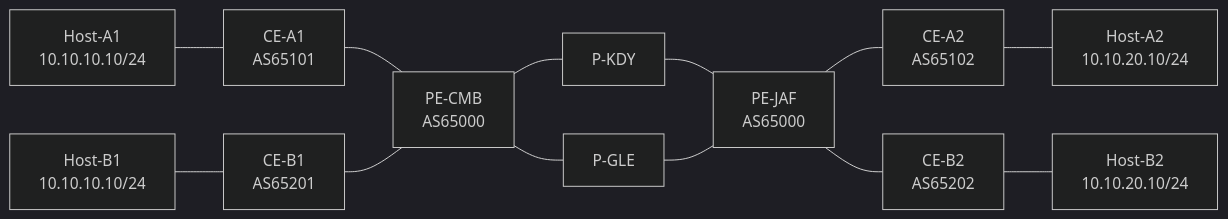
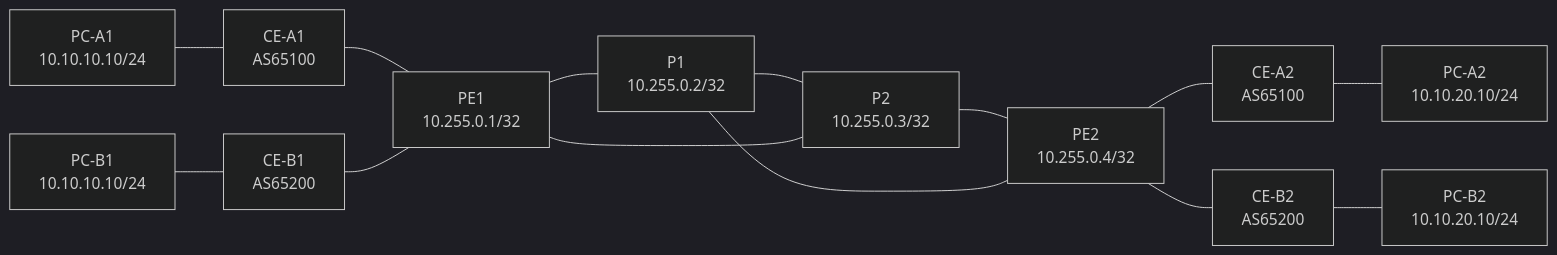
The diagram in README.md (projectswnimee/carrier-net-lk), drawn with Mermaid (dark theme) before and after one commit. The commit also changed other lines of this file and 57 other files, not shown here.

````diff
--- a/README.md
+++ b/README.md
@@ -36,17 +35,18 @@
 ```mermaid
 flowchart LR
-    HA1[Host-A1\n10.10.10.10/24] --- CEA1[CE-A1\nAS65101]
-    HB1[Host-B1\n10.10.10.10/24] --- CEB1[CE-B1\nAS65201]
+    PCA1[PC-A1\n10.10.10.10/24] --- CEA1[CE-A1\nAS65100]
+    PCB1[PC-B1\n10.10.10.10/24] --- CEB1[CE-B1\nAS65200]
+    CEA1 --- PE1
+    CEB1 --- PE1
 
-    CEA1 --- PEC[PE-CMB\nAS65000]
-    CEB1 --- PEC
-    PEC --- PK[P-KDY]
-    PEC --- PG[P-GLE]
-    PK --- PEJ[PE-JAF\nAS65000]
-    PG --- PEJ
+    PE1[PE1\n10.255.0.1/32] --- P1[P1\n10.255.0.2/32]
+    P1 --- P2[P2\n10.255.0.3/32]
+    P2 --- PE2[PE2\n10.255.0.4/32]
+    PE1 --- P2
+    P1 --- PE2
 
-    PEJ --- CEA2[CE-A2\nAS65102]
-    PEJ --- CEB2[CE-B2\nAS65202]
-    CEA2 --- HA2[Host-A2\n10.10.20.10/24]
-    CEB2 --- HB2[Host-B2\n10.10.20.10/24]
+    PE2 --- CEA2[CE-A2\nAS65100]
+    PE2 --- CEB2[CE-B2\nAS65200]
+    CEA2 --- PCA2[PC-A2\n10.10.20.10/24]
+    CEB2 --- PCB2[PC-B2\n10.10.20.10/24]
 ```
````
